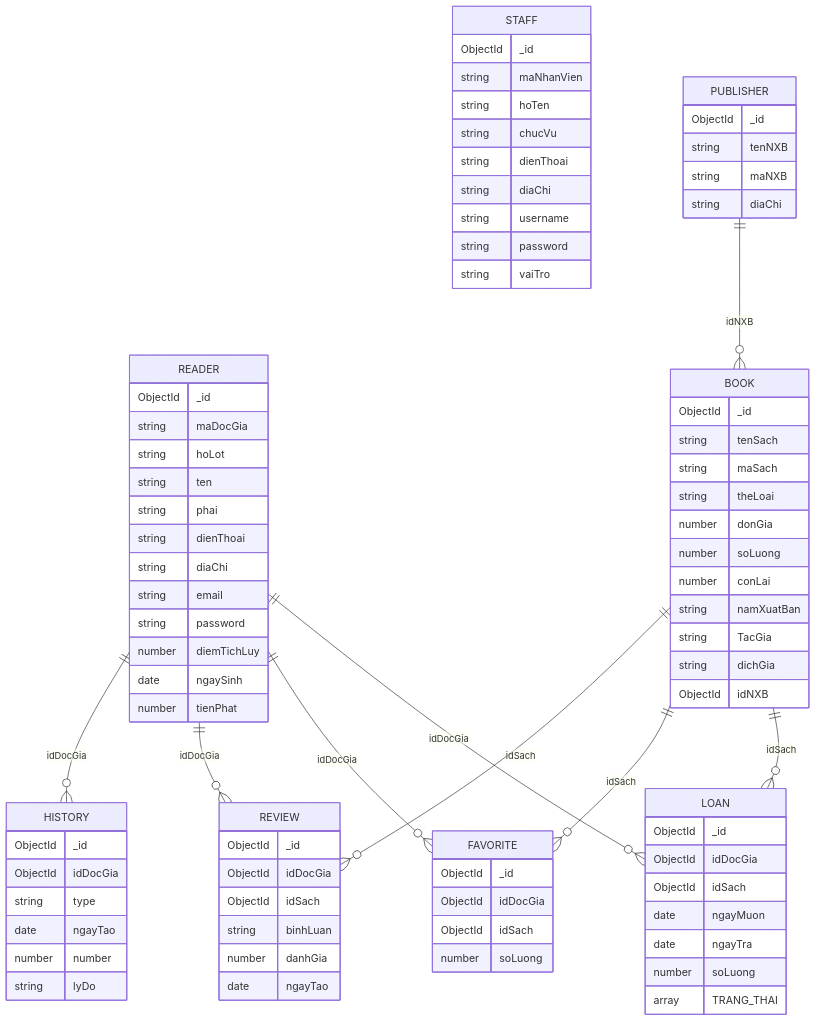
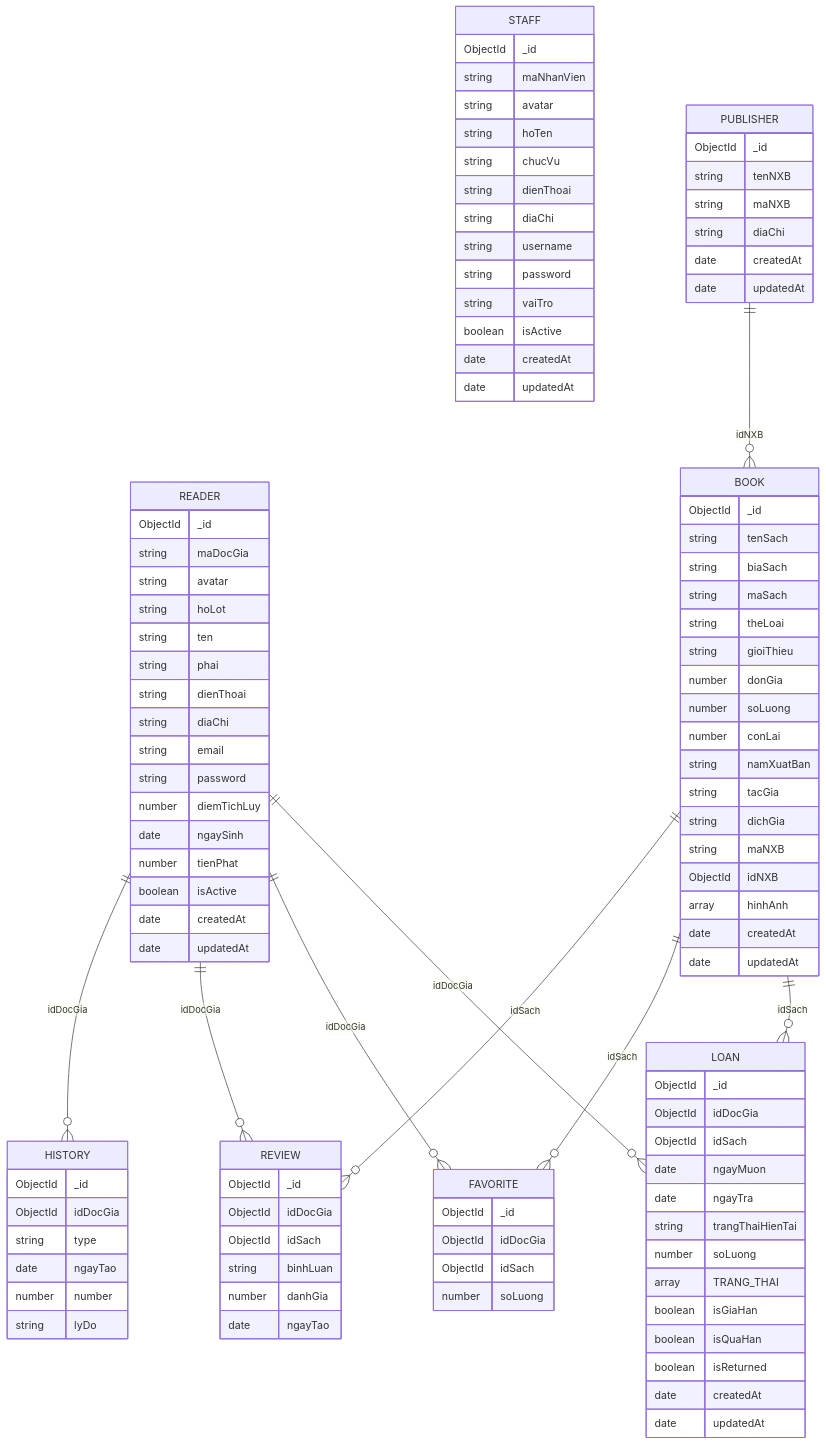
One commit to shrimpTVN/E-Lib changed the first of 2 diagrams in E-Lib_BackEnd/ARCHITECTURE_CONTEXT.md. Above: the diagram before and after it, drawn with Mermaid. The commit also changed other lines of this file and 31 other files, not shown here.

````diff
--- a/E-Lib_BackEnd/ARCHITECTURE_CONTEXT.md
+++ b/E-Lib_BackEnd/ARCHITECTURE_CONTEXT.md
@@ -5,94 +7,116 @@
 ```mermaid
 erDiagram
-    READER {
-        ObjectId _id
-        string maDocGia
-        string hoLot
-        string ten
-        string phai
-        string dienThoai
-        string diaChi
-        string email
-        string password
-        number diemTichLuy
-        date ngaySinh
-        number tienPhat
-    }
+        READER {
+                ObjectId _id
+                string maDocGia
+                string avatar
+                string hoLot
+                string ten
+                string phai
+                string dienThoai
+                string diaChi
+                string email
+                string password
+                number diemTichLuy
+                date ngaySinh
+                number tienPhat
+                boolean isActive
+                date createdAt
+                date updatedAt
+        }
 
-    STAFF {
-        ObjectId _id
-        string maNhanVien
-        string hoTen
-        string chucVu
-        string dienThoai
-        string diaChi
-        string username
-        string password
-        string vaiTro
-    }
+        STAFF {
+                ObjectId _id
+                string maNhanVien
+                string avatar
+                string hoTen
+                string chucVu
+                string dienThoai
+                string diaChi
+                string username
+                string password
+                string vaiTro
+                boolean isActive
+                date createdAt
+                date updatedAt
+        }
 
-    PUBLISHER {
-        ObjectId _id
-        string tenNXB
-        string maNXB
-        string diaChi
-    }
+        PUBLISHER {
+                ObjectId _id
+                string tenNXB
+                string maNXB
+                string diaChi
+                date createdAt
+                date updatedAt
+        }
 
-    BOOK {
-        ObjectId _id
-        string tenSach
-        string maSach
-        string theLoai
-        number donGia
-        number soLuong
-        number conLai
-        string namXuatBan
-        string TacGia
-        string dichGia
-        ObjectId idNXB
-    }
+        BOOK {
+                ObjectId _id
+                string tenSach
+                string biaSach
+                string maSach
+                string theLoai
+                string gioiThieu
+                number donGia
+                number soLuong
+                number conLai
+                string namXuatBan
+                string tacGia
+                string dichGia
+                string maNXB
+                ObjectId idNXB
+                array hinhAnh
+                date createdAt
+                date updatedAt
+        }
 
-    LOAN {
-        ObjectId _id
-        ObjectId idDocGia
-        ObjectId idSach
-        date ngayMuon
-        date ngayTra
-        number soLuong
-        array TRANG_THAI
-    }
+        LOAN {
+                ObjectId _id
+                ObjectId idDocGia
+                ObjectId idSach
+                date ngayMuon
+                date ngayTra
+                string trangThaiHienTai
+                number soLuong
+                array TRANG_THAI
+                boolean isGiaHan
+                boolean isQuaHan
+                boolean isReturned
+                date createdAt
+                date updatedAt
+        }
 
-    FAVORITE {
-        ObjectId _id
-        ObjectId idDocGia
-        ObjectId idSach
-        number soLuong
-    }
+        FAVORITE {
+                ObjectId _id
+                ObjectId idDocGia
+                ObjectId idSach
+                number soLuong
+        }
 
-    REVIEW {
-        ObjectId _id
-        ObjectId idDocGia
-        ObjectId idSach
-        string binhLuan
-        number danhGia
-        date ngayTao
-    }
+        REVIEW {
+                ObjectId _id
+                ObjectId idDocGia
+                ObjectId idSach
+                string binhLuan
+                number danhGia
+                date ngayTao
+        }
 
-    HISTORY {
-        ObjectId _id
-        ObjectId idDocGia
-        string type
-        date ngayTao
-        number number
-        string lyDo
-    }
+        HISTORY {
+                ObjectId _id
+                ObjectId idDocGia
+                string type
+                date ngayTao
+                number number
+                string lyDo
+        }
 
-    PUBLISHER ||--o{ BOOK : "idNXB"
-    READER ||--o{ LOAN : "idDocGia"
-    BOOK ||--o{ LOAN : "idSach"
-    READER ||--o{ FAVORITE : "idDocGia"
-    BOOK ||--o{ FAVORITE : "idSach"
-    READER ||--o{ REVIEW : "idDocGia"
-    BOOK ||--o{ REVIEW : "idSach"
-    READER ||--o{ HISTORY : "idDocGia"
+        PUBLISHER ||--o{ BOOK : "idNXB"
+        READER ||--o{ LOAN : "idDocGia"
+        BOOK ||--o{ LOAN : "idSach"
+        READER ||--o{ FAVORITE : "idDocGia"
+        BOOK ||--o{ FAVORITE : "idSach"
+        READER ||--o{ REVIEW : "idDocGia"
+        BOOK ||--o{ REVIEW : "idSach"
+        READER ||--o{ HISTORY : "idDocGia"
 ```
````
